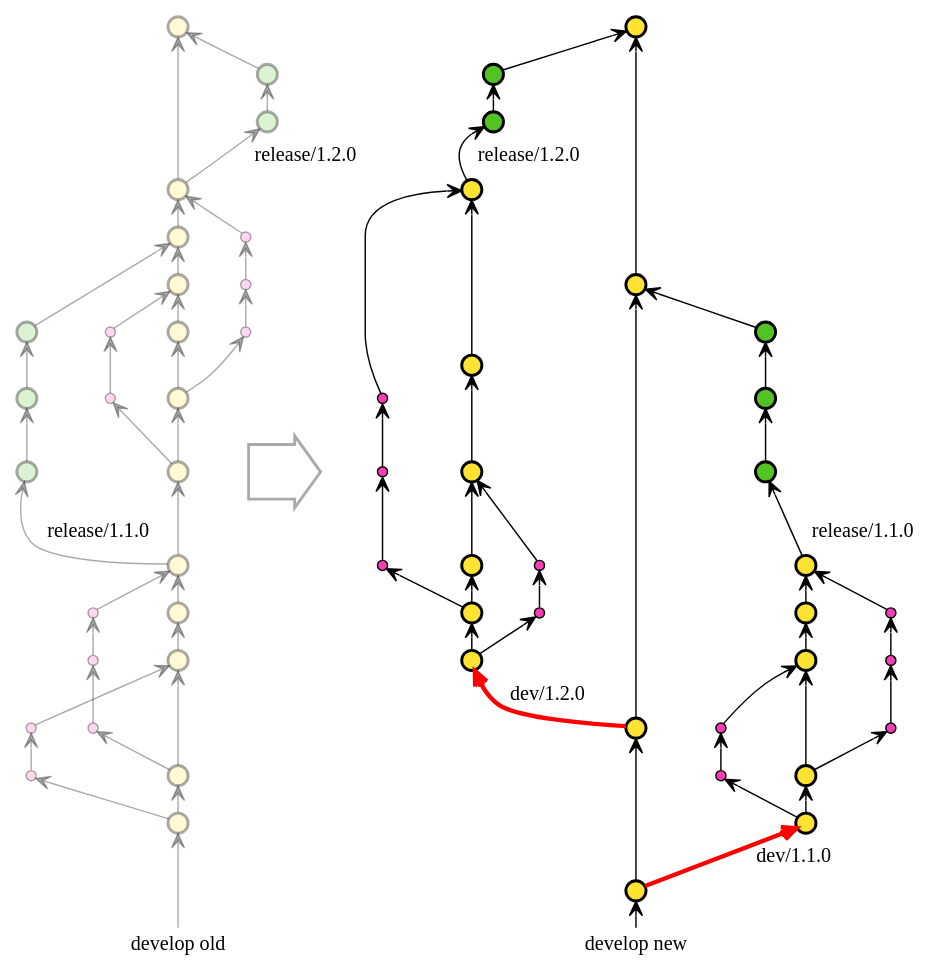
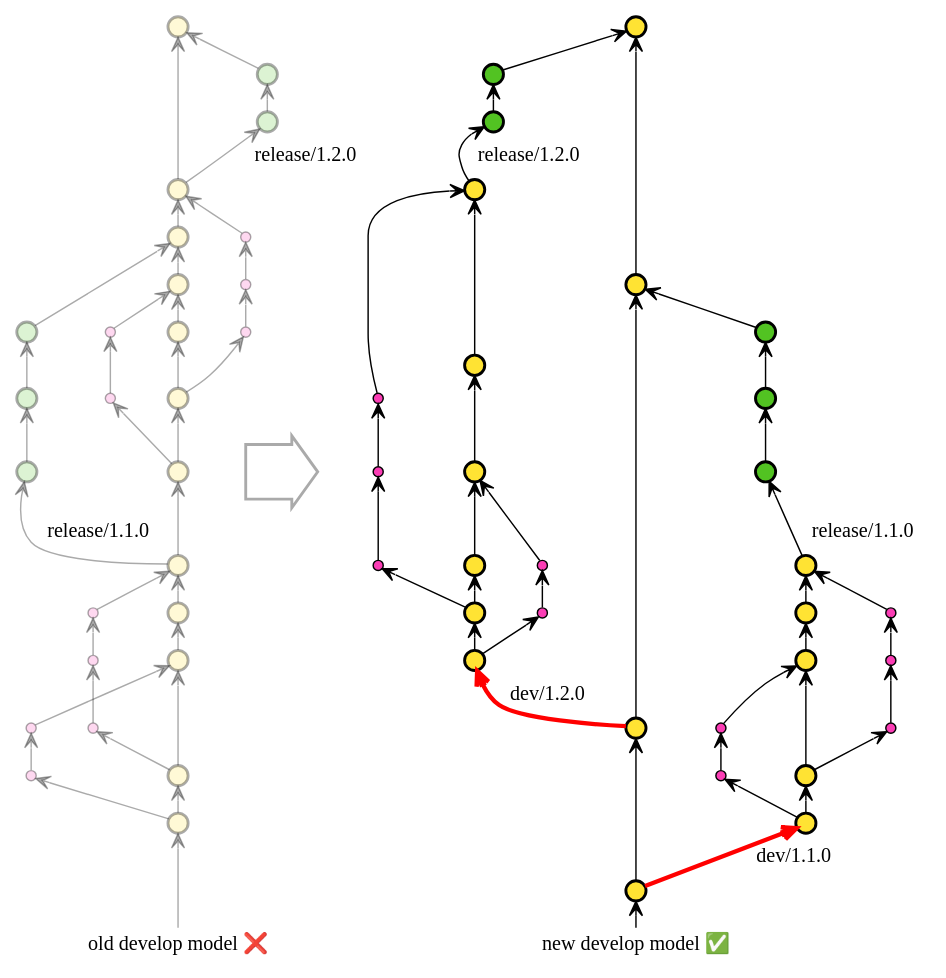
One commit to walfud/dot changed the diagram in branch/dev.dot. Above: the diagram before and after it, drawn with Graphviz. The commit also changed 1 other file, not shown here.

```diff
--- a/branch/dev.dot
+++ b/branch/dev.dot
@@ -1,175 +1,175 @@
 // https://graphviz.gitlab.io/_pages/doc/info/attrs.html
 digraph dev {
 rankdir="BT";
 nodesep=0.5;
 ranksep=0.25;
 splines=true;
 forcelabels=false;
 
 // general
 node [style=filled, color="#00000055", fontcolor="black", font="Consolas", fontsize="8pt" ];
 edge [arrowhead=open, color="#00000055", penwidth=1];
 
 // graph
 node [label="", fixedsize=true, width=0.2, height=0.2, shape=circle, penwidth=2]
 
 // old
 node [group="develop_old", fillcolor="#FFE33333"];
 d1;
 d2;
 d3;
 d4;
 d5;
 d6;
 d7;
 d8;
 d9;
 d10;
 d11;
 d12;
 subgraph {
     rank=source;
-    dfake [label="develop old", fixedsize=false, fontsize=14, fillcolor=none, shape=none, width=0, height=0, penwidth=0, margin=0.05];
+    dfake [label="old develop model ❌", fixedsize=false, fontsize=14, fillcolor=none, shape=none, width=0, height=0, penwidth=0, margin=0.05];
 }
 dfake -> d1 -> d2 -> d3 -> d4 -> d5 -> d6 -> d7 -> d8 -> d9 -> d10 -> d11 -> d12;
 
 // old version 1
 node  [group="feature_old_1", fixedsize=true, width=0.1, height=0.1, penwidth=1, fillcolor="#FB3DB533"];
 f1_3_1;
 f1_3_2;
 d1 -> f1_3_1 -> f1_3_2 -> d3;
 f2_5_1;
 f2_5_2;
 f2_5_3;
 d2 -> f2_5_1 -> f2_5_2 -> f2_5_3 -> d5;
 
 node [group="release_old_1", fixedsize=true, width=0.2, height=0.2, penwidth=2, fillcolor="#52C32233"];
 r1_1;
 r1_2;
 r1_3;
 d5 -> r1_1 [label="release/1.1.0"];
 r1_1 -> r1_2 -> r1_3 -> d10;
 
 // old version 2
 node  [group="feature_old_2", fixedsize=true, width=0.1, height=0.1, penwidth=1, fillcolor="#FB3DB533"];
 f6_9_1;
 f6_9_2;
 d6 -> f6_9_1 -> f6_9_2 -> d9;
 f7_11_1;
 f7_11_2;
 f7_11_3;
 d7 -> f7_11_1 -> f7_11_2 -> f7_11_3 -> d11;
 
 node [group="release_old_2", fixedsize=true, width=0.2, height=0.2, penwidth=2, fillcolor="#52C32233"];
 r2_1;
 r2_2;
 d11 -> r2_1 [label="release/1.2.0"];
 r2_1 -> r2_2 -> d12;
 
 subgraph {
     rank=same;
     d6;
     right [shape=rarrow, fixedsize=true, width=0.7, height=0.7, fillcolor="#FFFFFF33"];
 }
 
 // new 
 node [style=filled, color="#000000", fontcolor="black", font="Consolas", fontsize="8pt" ];
 edge [arrowhead=open, color="#000000", penwidth=1];
 
 node [group="develop_new", fillcolor="#FFE333"];
 
 dn110_begin;
 dn110_end;
 dn120_begin;
 dn120_end;
 subgraph {
     rank=source;
-    dnfake [label="develop new", fixedsize=false, fontsize=14, fillcolor=none, shape=none, width=0, height=0, penwidth=0, margin=0.05];
+    dnfake [label="new develop model ✅", fixedsize=false, fontsize=14, fillcolor=none, shape=none, width=0, height=0, penwidth=0, margin=0.05];
 }
 dnfake -> dn110_begin -> dn120_begin -> dn110_end -> dn120_end;
 
 // dev/1.1.0
 node [group="dev/1.1.0", fillcolor="#FFE333"];
 dn110_1;
 dn110_2;
 dn110_3;
 dn110_4;
 dn110_5;
 dn110_begin -> dn110_1 [label="dev/1.1.0" color="red", penwidth=3];
 dn110_1 -> dn110_2 -> dn110_3 -> dn110_4 -> dn110_5;
 
 node  [group="feature_new_1", fixedsize=true, width=0.1, height=0.1, penwidth=1, fillcolor="#FB3DB5"];
 fn110_1_3_1;
 fn110_1_3_2;
 dn110_1 -> fn110_1_3_1 -> fn110_1_3_2 -> dn110_3;
 fn110_2_5_1;
 fn110_2_5_2;
 fn110_2_5_3;
 dn110_2 -> fn110_2_5_1 -> fn110_2_5_2 -> fn110_2_5_3 -> dn110_5;
 
 node [group="release_new_110", fixedsize=true, width=0.2, height=0.2, penwidth=2, fillcolor="#52C322"];
 rn110_1;
 rn110_2;
 rn110_3;
 dn110_5 -> rn110_1 [label="release/1.1.0"];
 rn110_1 -> rn110_2 -> rn110_3 -> dn110_end;
 
 // dev/1.2.0
 node [group="dev/1.1.0", fillcolor="#FFE333"];
 dn120_1;
 dn120_2;
 dn120_3;
 dn120_4;
 dn120_5;
 dn120_6;
 dn120_begin -> dn120_1 [label="dev/1.2.0", color="red", penwidth=3];
 dn120_1 -> dn120_2 -> dn120_3 -> dn120_4 -> dn120_5 -> dn120_6;
 
 node  [group="feature_new_120", fixedsize=true, width=0.1, height=0.1, penwidth=1, fillcolor="#FB3DB5"];
 fn120_1_4_1;
 fn120_1_4_2;
 dn120_1 -> fn120_1_4_1 -> fn120_1_4_2 -> dn120_4;
 fn120_2_6_1;
 fn120_2_6_2;
 fn120_2_6_3;
 dn120_2 -> fn120_2_6_1 -> fn120_2_6_2 -> fn120_2_6_3 -> dn120_6;
 
 node [group="release_new_120", fixedsize=true, width=0.2, height=0.2, penwidth=2, fillcolor="#52C322"];
 rn120_1;
 rn120_2;
 dn120_6 -> rn120_1 [label="release/1.2.0"];
 rn120_1 -> rn120_2 -> dn120_end;
 
 // Magic align
 subgraph {
     rank=same;
     dn110_1;
     d1;
 }
 subgraph {
     rank=same;
     dn120_1;
     d3;
 }
 
 subgraph {
     rank=same;
     dn120_6;
     d11;
 }
 subgraph {
     rank=same;
     dn120_end;
     d12;
 }
 subgraph {
     rank=same;
     rn120_1;
     r2_1;
 }
 subgraph {
     rank=same;
     rn120_2;
     r2_2;
 }
 }
```
